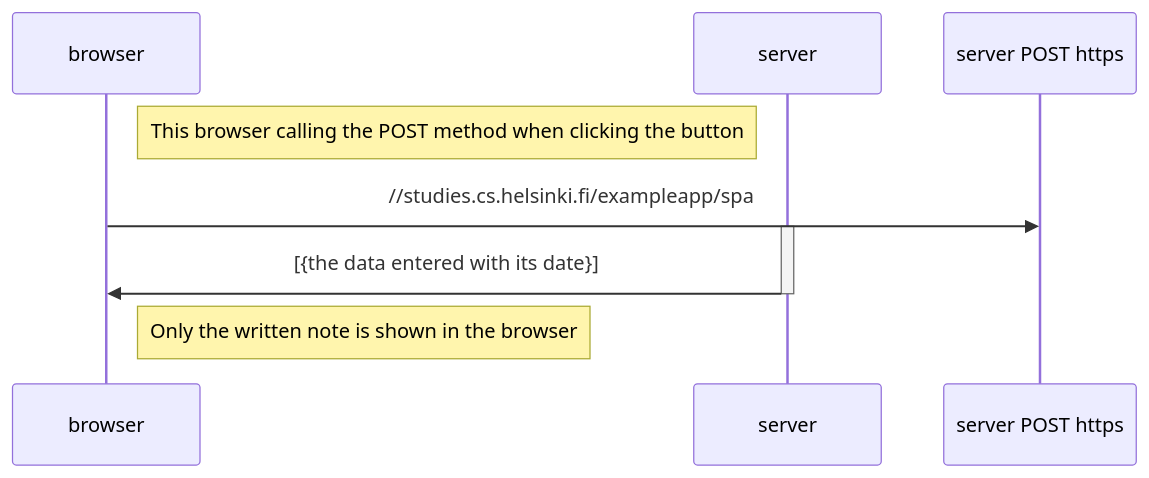
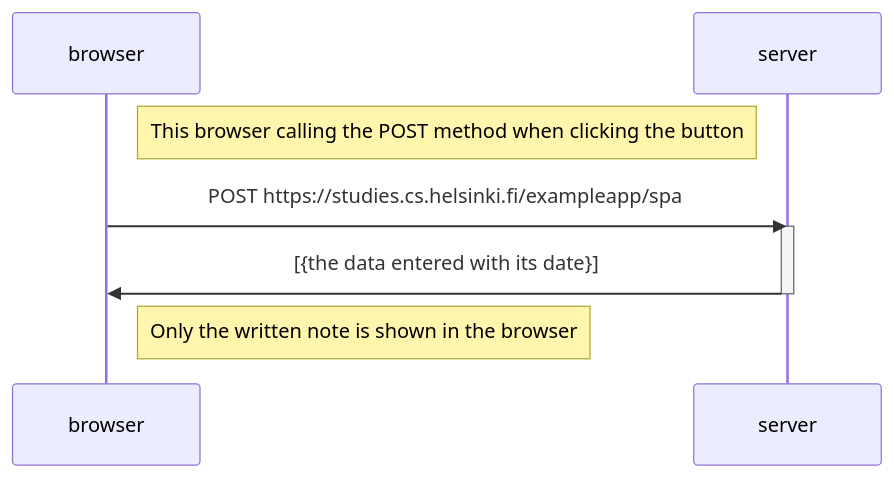
Before and after one commit to CristianGedalge/FSO: the diagram in Part0/exercise6.md, drawn with Mermaid. The commit also changed 1 other file, not shown here.

Commit message:
corrected part 0

````diff
--- a/Part0/exercise6.md
+++ b/Part0/exercise6.md
@@ -2,14 +2,14 @@
 ```mermaid
 sequenceDiagram
    participant browser
    participant server
 
    Note right of browser: This browser calling the POST method when clicking the button
 
-   browser->>server POST https://studies.cs.helsinki.fi/exampleapp/spa
+   browser->>server: POST https://studies.cs.helsinki.fi/exampleapp/spa
    activate server
    server->>browser: [{the data entered with its date}]
    deactivate server
 
    Note right of browser: Only the written note is shown in the browser
 ```
````
